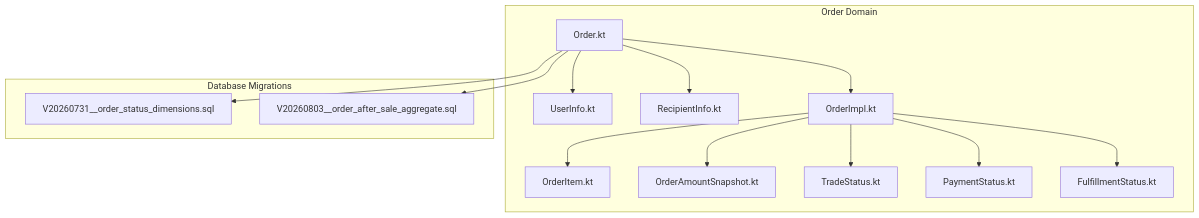
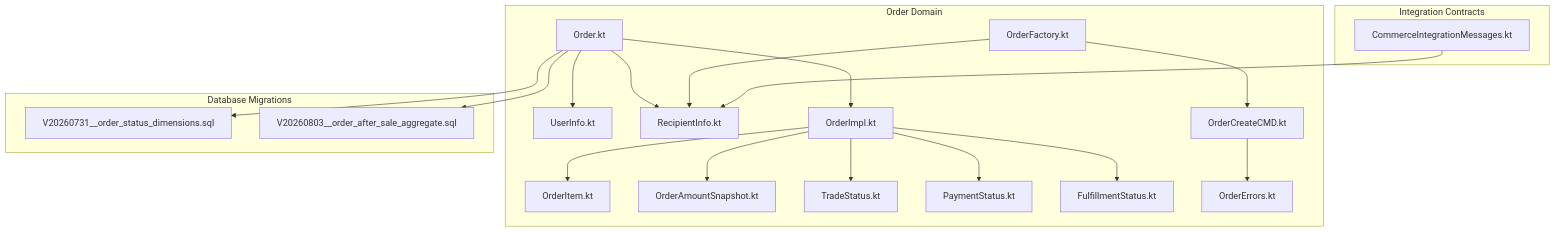
The first of 7 diagrams in .qoder/repowiki/en/content/Order Management Module/Order Domain Model.md (ddd-mall/j-store), drawn with Mermaid before and after one commit. The commit also changed other lines of this file and 298 other files, not shown here.

````diff
--- a/.qoder/repowiki/en/content/Order Management Module/Order Domain Model.md
+++ b/.qoder/repowiki/en/content/Order Management Module/Order Domain Model.md
@@ -35,28 +46,38 @@
 ```mermaid
 graph TB
 subgraph "Order Domain"
 OI["OrderItem.kt"]
 OA["OrderAmountSnapshot.kt"]
 UI["UserInfo.kt"]
 RI["RecipientInfo.kt"]
 TS["TradeStatus.kt"]
 PS["PaymentStatus.kt"]
 FS["FulfillmentStatus.kt"]
 OIF["Order.kt"]
 OIMPL["OrderImpl.kt"]
+OE["OrderErrors.kt"]
+OCMD["OrderCreateCMD.kt"]
+OF["OrderFactory.kt"]
+end
+subgraph "Integration Contracts"
+CIM["CommerceIntegrationMessages.kt"]
 end
 subgraph "Database Migrations"
 MS["V20260731__order_status_dimensions.sql"]
 MR["V20260803__order_after_sale_aggregate.sql"]
 end
 OIF --> OIMPL
 OIMPL --> OI
 OIMPL --> OA
 OIF --> UI
 OIF --> RI
 OIMPL --> TS
 OIMPL --> PS
 OIMPL --> FS
 OIF --> MS
 OIF --> MR
+OCMD --> OE
+OF --> OCMD
+OF --> RI
+CIM --> RI
 ```
````
